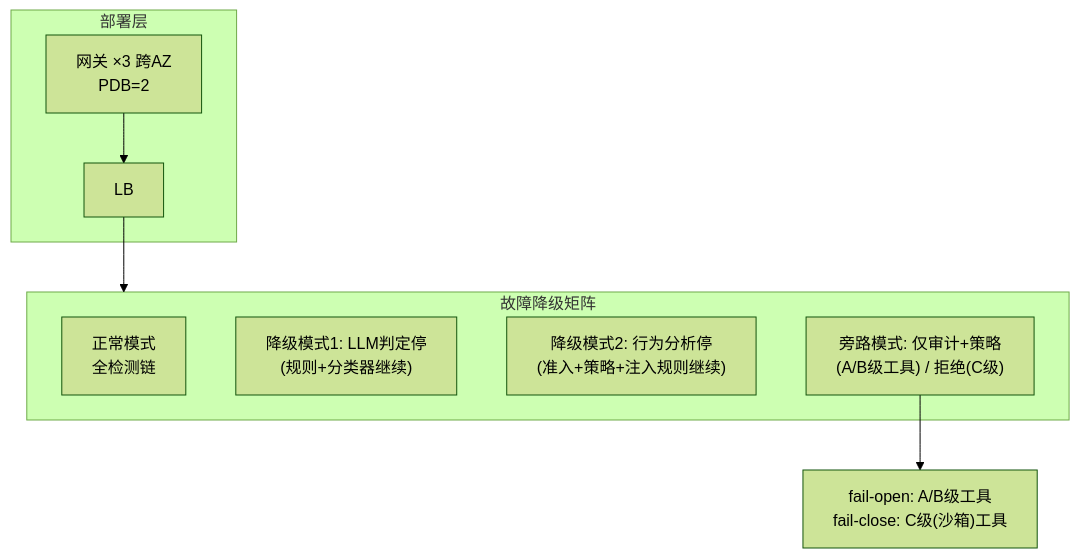
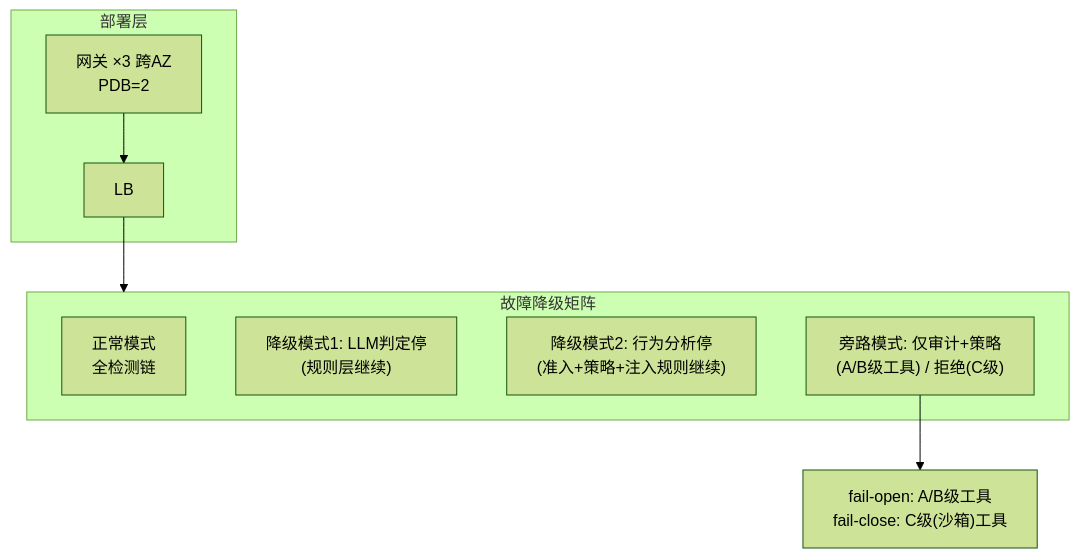
Before and after one commit to UranusGit/java-agent-learn: the first of 2 diagrams in docs/项目/08-Agent供应链安全网关/08-旁路高可用与收官.md, drawn with Mermaid (forest theme). The commit also changed other lines of this file and 9 other files, not shown here.

````diff
--- a/docs/项目/08-Agent供应链安全网关/08-旁路高可用与收官.md
+++ b/docs/项目/08-Agent供应链安全网关/08-旁路高可用与收官.md
@@ -27,14 +27,14 @@
 ```mermaid
 flowchart TB
     subgraph DEPLOY["部署层"]
         N1["网关 ×3 跨AZ<br/>PDB=2"] --> LB["LB"]
     end
     subgraph MODES["故障降级矩阵"]
         M1["正常模式<br/>全检测链"]
-        M2["降级模式1: LLM判定停<br/>(规则+分类器继续)"]
+        M2["降级模式1: LLM判定停<br/>(规则层继续)"]
         M3["降级模式2: 行为分析停<br/>(准入+策略+注入规则继续)"]
         M4["旁路模式: 仅审计+策略<br/>(A/B级工具) / 拒绝(C级)"]
     end
     LB --> MODES
     M4 --> FB["fail-open: A/B级工具<br/>fail-close: C级(沙箱)工具"]
 ```
````
